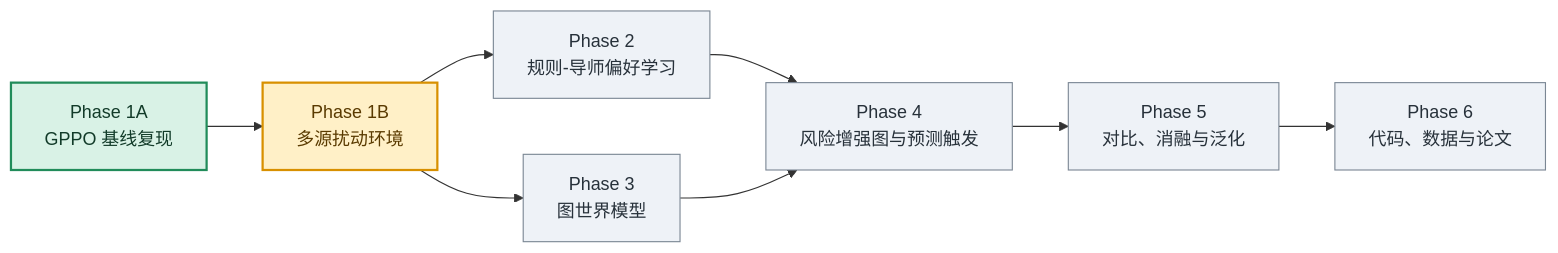
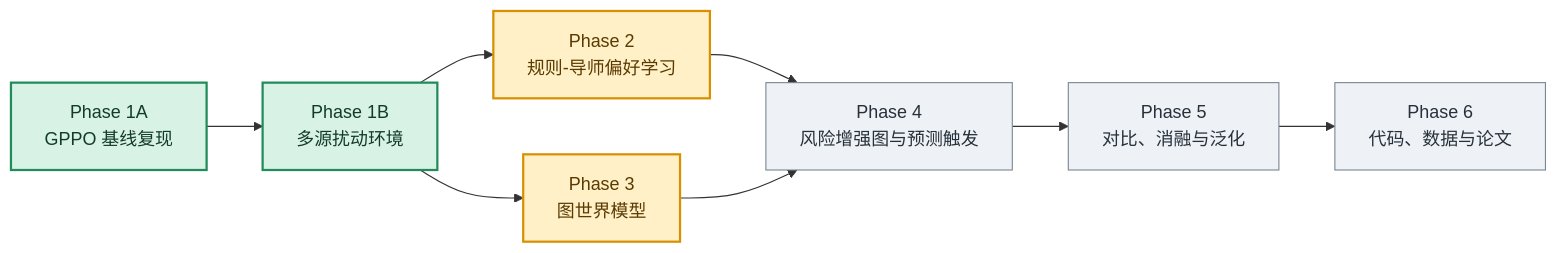
One commit to Battleplus/GPPO changed the first of 4 diagrams in README.md. Above: the diagram before and after it, drawn with Mermaid. The commit also changed other lines of this file and 9 other files, not shown here.

````diff
--- a/README.md
+++ b/README.md
@@ -14,17 +14,17 @@
 ```mermaid
 flowchart LR
     A["Phase 1A<br/>GPPO 基线复现"] --> B["Phase 1B<br/>多源扰动环境"]
     B --> C["Phase 2<br/>规则-导师偏好学习"]
     B --> D["Phase 3<br/>图世界模型"]
     C --> E["Phase 4<br/>风险增强图与预测触发"]
     D --> E
     E --> F["Phase 5<br/>对比、消融与泛化"]
     F --> G["Phase 6<br/>代码、数据与论文"]
 
     classDef done fill:#d9f2e6,stroke:#218c5a,color:#123b29,stroke-width:2px;
     classDef next fill:#fff0c7,stroke:#d89000,color:#5a3a00,stroke-width:2px;
     classDef future fill:#eef2f7,stroke:#7b8794,color:#27313a;
-    class A done;
-    class B next;
-    class C,D,E,F,G future;
+    class A,B done;
+    class C,D next;
+    class E,F,G future;
 ```
````
